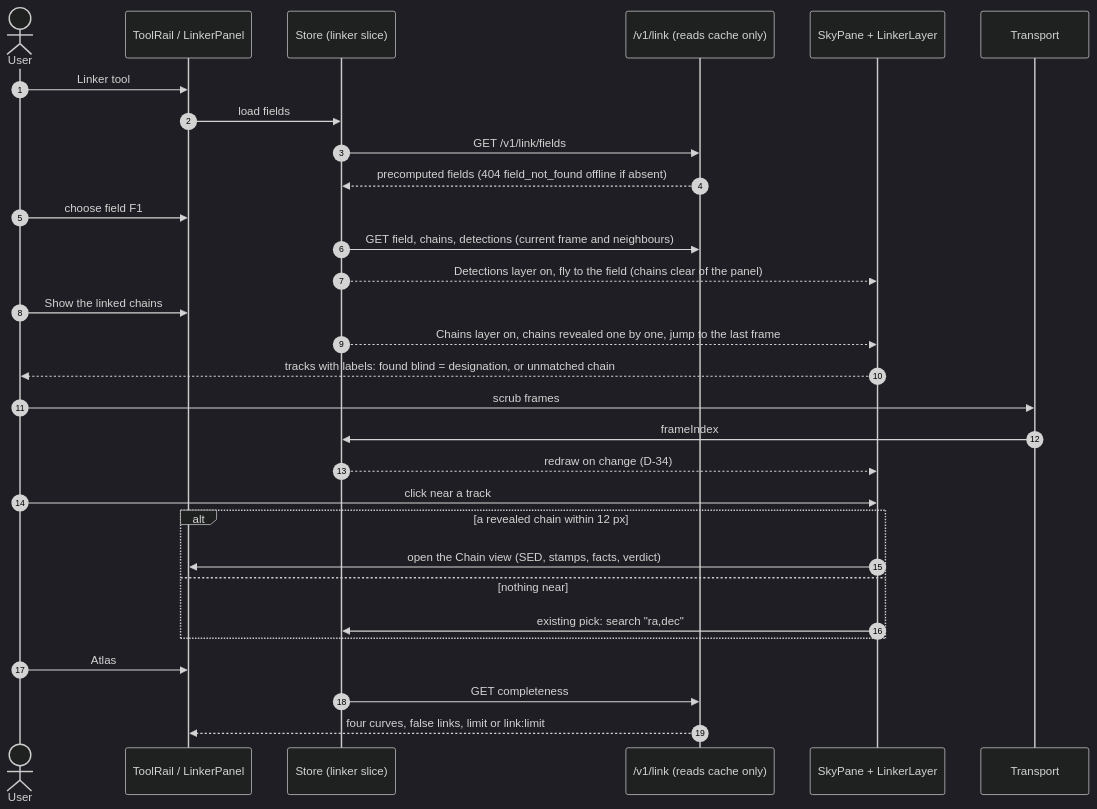
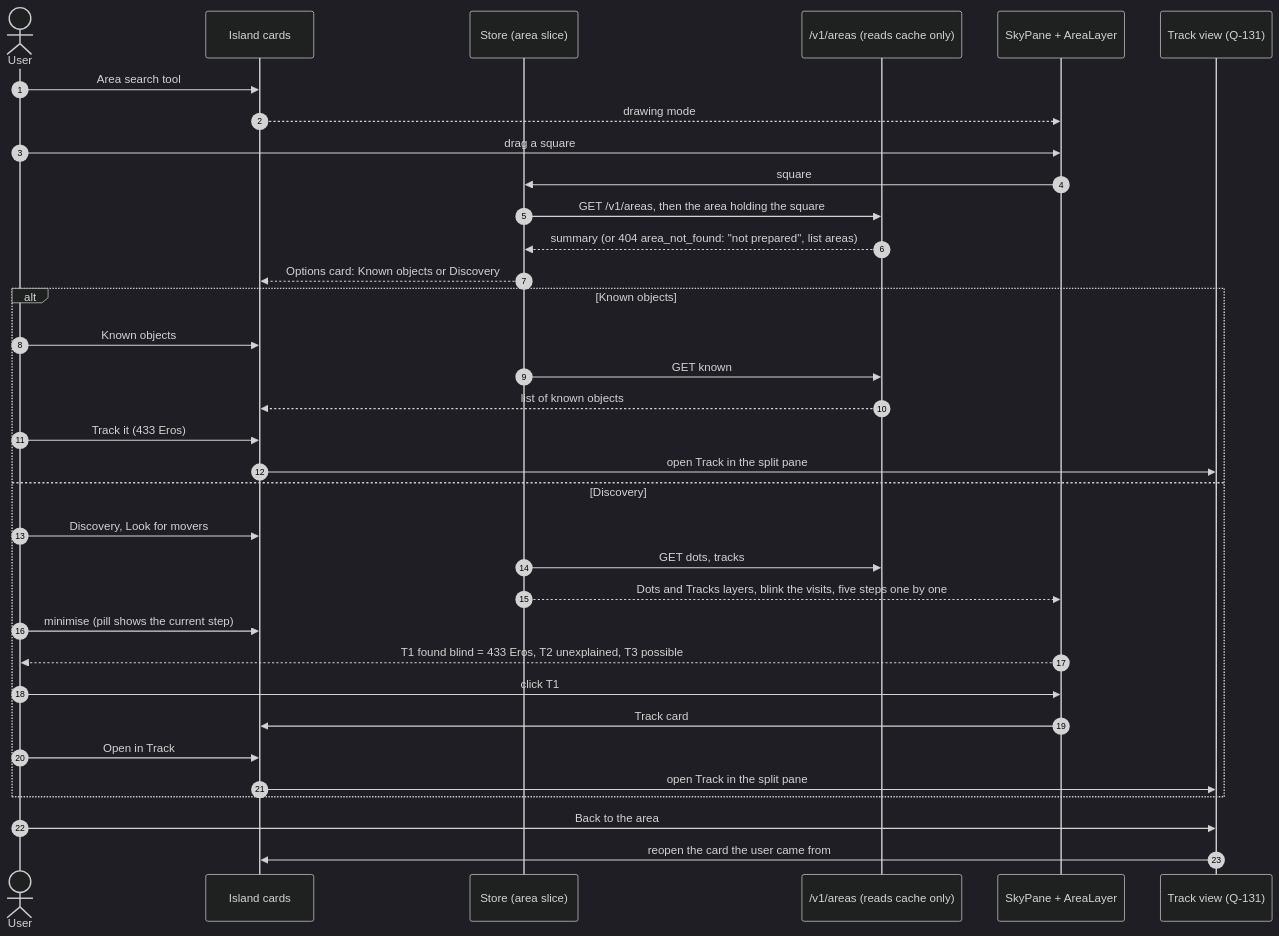
The third of 3 diagrams in docs/uml/21-linker.md (0ffrian/SphereX), drawn with Mermaid (dark theme) before and after one commit. The commit also changed other lines of this file and 10 other files, not shown here.

First line of the commit message:
Re-scope A16 to A18 to Area search (Q-146) and answer Atish's questions

````diff
--- a/docs/uml/21-linker.md
+++ b/docs/uml/21-linker.md
@@ -97,32 +88,36 @@
 ```mermaid
 sequenceDiagram
   autonumber
   actor U as User
-  participant R as ToolRail / LinkerPanel
-  participant ST as Store (linker slice)
-  participant A as /v1/link (reads cache only)
-  participant SP as SkyPane + LinkerLayer
-  participant T as Transport
-  U->>R: Linker tool
-  R->>ST: load fields
-  ST->>A: GET /v1/link/fields
-  A-->>ST: precomputed fields (404 field_not_found offline if absent)
-  U->>R: choose field F1
-  ST->>A: GET field, chains, detections (current frame and neighbours)
-  ST-->>SP: Detections layer on, fly to the field (chains clear of the panel)
-  U->>R: Show the linked chains
-  ST-->>SP: Chains layer on, chains revealed one by one, jump to the last frame
-  SP-->>U: tracks with labels: found blind = designation, or unmatched chain
-  U->>T: scrub frames
-  T->>ST: frameIndex
-  ST-->>SP: redraw on change (D-34)
-  U->>SP: click near a track
-  alt a revealed chain within 12 px
-    SP->>R: open the Chain view (SED, stamps, facts, verdict)
-  else nothing near
-    SP->>ST: existing pick: search "ra,dec"
+  participant I as Island cards
+  participant ST as Store (area slice)
+  participant A as /v1/areas (reads cache only)
+  participant SP as SkyPane + AreaLayer
+  participant T as Track view (Q-131)
+  U->>I: Area search tool
+  I-->>SP: drawing mode
+  U->>SP: drag a square
+  SP->>ST: square
+  ST->>A: GET /v1/areas, then the area holding the square
+  A-->>ST: summary (or 404 area_not_found: "not prepared", list areas)
+  ST-->>I: Options card: Known objects or Discovery
+  alt Known objects
+    U->>I: Known objects
+    ST->>A: GET known
+    A-->>I: list of known objects
+    U->>I: Track it (433 Eros)
+    I->>T: open Track in the split pane
+  else Discovery
+    U->>I: Discovery, Look for movers
+    ST->>A: GET dots, tracks
+    ST-->>SP: Dots and Tracks layers, blink the visits, five steps one by one
+    U->>I: minimise (pill shows the current step)
+    SP-->>U: T1 found blind = 433 Eros, T2 unexplained, T3 possible
+    U->>SP: click T1
+    SP->>I: Track card
+    U->>I: Open in Track
+    I->>T: open Track in the split pane
   end
-  U->>R: Atlas
-  ST->>A: GET completeness
-  A-->>R: four curves, false links, limit or link:limit
+  U->>T: Back to the area
+  T->>I: reopen the card the user came from
 ```
````
